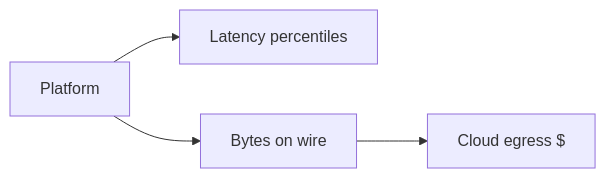
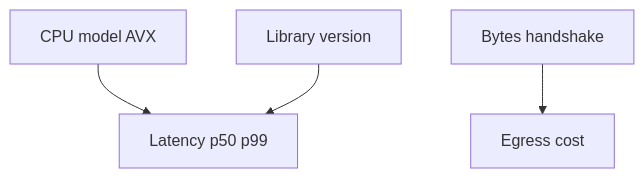
Before and after one commit to kalyogyogi-ui/Ai-check-: the first of 2 diagrams in manuscript/chapters/17-performance.md, drawn with Mermaid. The commit also changed other lines of this file and 31 other files, not shown here.

First line of the commit message:
Fix figure placement: in-section after intro text, repair corrupted headings

````diff
--- a/manuscript/chapters/17-performance.md
+++ b/manuscript/chapters/17-performance.md
@@ -7,6 +65,6 @@
 ```mermaid
-flowchart LR
-  CPU[Platform] --> LAT[Latency percentiles]
-  CPU --> SIZE[Bytes on wire]
-  SIZE --> COST[Cloud egress $]
+flowchart TB
+  HW[CPU model AVX] --> LAT[Latency p50 p99]
+  LIB[Library version] --> LAT
+  NET[Bytes handshake] --> COST[Egress cost]
 ```
````
